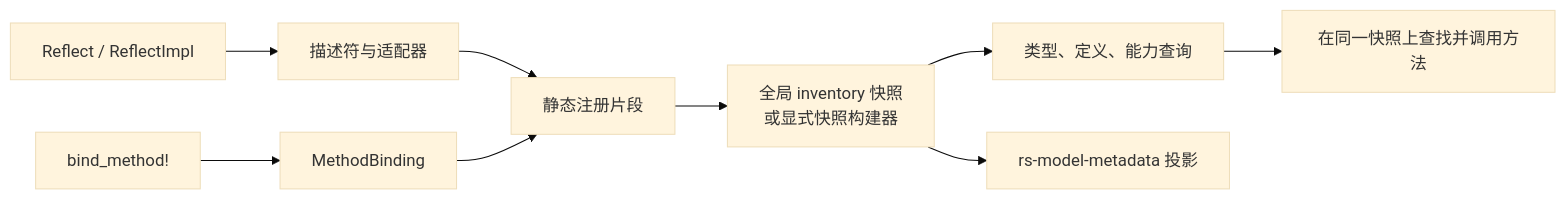
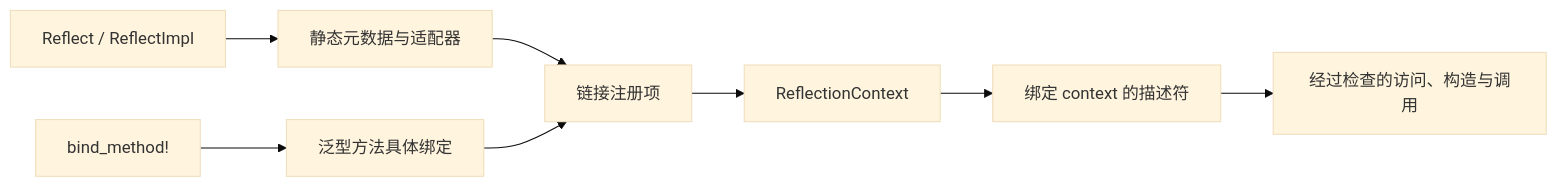
One commit to qubit-ltd/rs-reflect changed the diagram in doc/architecture.zh_CN.md. Above: the diagram before and after it, drawn with Mermaid (base theme). The commit also changed other lines of this file and 10 other files, not shown here.

````diff
--- a/doc/architecture.zh_CN.md
+++ b/doc/architecture.zh_CN.md
@@ -9,11 +9,10 @@
 ```mermaid
 flowchart LR
-  A[Reflect / ReflectImpl] --> B[描述符与适配器]
-  C[bind_method!] --> D[MethodBinding]
-  B --> E[静态注册片段]
+  A[Reflect / ReflectImpl] --> B[静态元数据与适配器]
+  C[bind_method!] --> D[泛型方法具体绑定]
+  B --> E[链接注册项]
   D --> E
-  E --> F[全局 inventory 快照<br/>或显式快照构建器]
-  F --> G[类型、定义、能力查询]
-  G --> H[在同一快照上查找并调用方法]
-  F --> I[rs-model-metadata 投影]
+  E --> F[ReflectionContext]
+  F --> G[绑定 context 的描述符]
+  G --> H[经过检查的访问、构造与调用]
 ```
````
